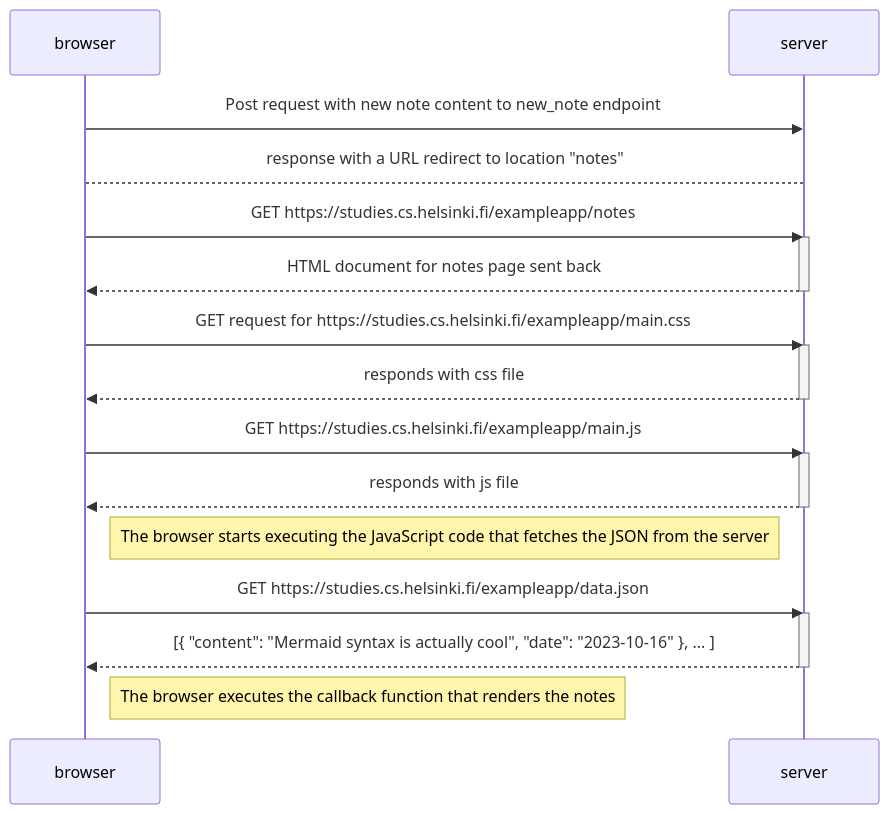
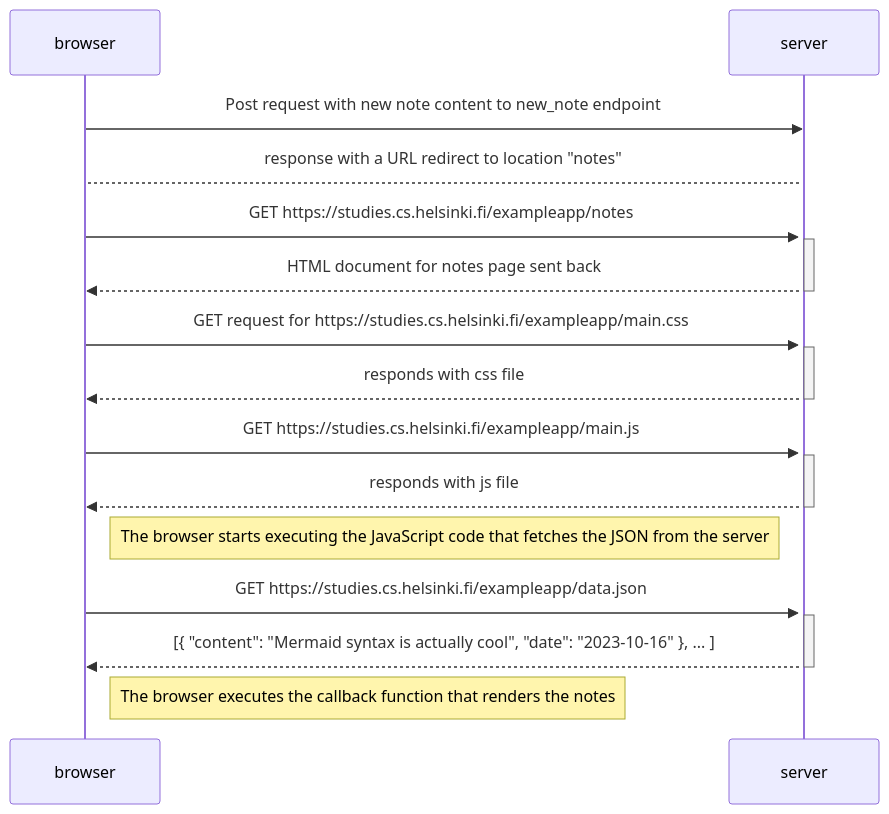
Before and after one commit to temideewan/fullstack_open: the diagram in part0/NewNoteDiagram.md, drawn with Mermaid.

Commit message:
fix: browser activation

````diff
--- a/part0/NewNoteDiagram.md
+++ b/part0/NewNoteDiagram.md
@@ -3,31 +3,32 @@
 ```mermaid
 sequenceDiagram
   participant browser
   participant server
 
   browser->>server: Post request with new note content to new_note endpoint
+  activate server
   server-->browser: response with a URL redirect to location "notes"
   browser->>server: GET https://studies.cs.helsinki.fi/exampleapp/notes
   activate server
   server-->>browser: HTML document for notes page sent back
   deactivate server
 
   browser->>server: GET request for https://studies.cs.helsinki.fi/exampleapp/main.css
   activate server
   server-->>browser: responds with css file
   deactivate server
 
   browser->>server: GET https://studies.cs.helsinki.fi/exampleapp/main.js
   activate server
   server-->>browser: responds with js file
   deactivate server
 
   Note right of browser: The browser starts executing the JavaScript code that fetches the JSON from the server
 
   browser->>server: GET https://studies.cs.helsinki.fi/exampleapp/data.json
   activate server
   server-->>browser: [{ "content": "Mermaid syntax is actually cool", "date": "2023-10-16" }, ... ]
   deactivate server
 
   Note right of browser: The browser executes the callback function that renders the notes
 ```
````
